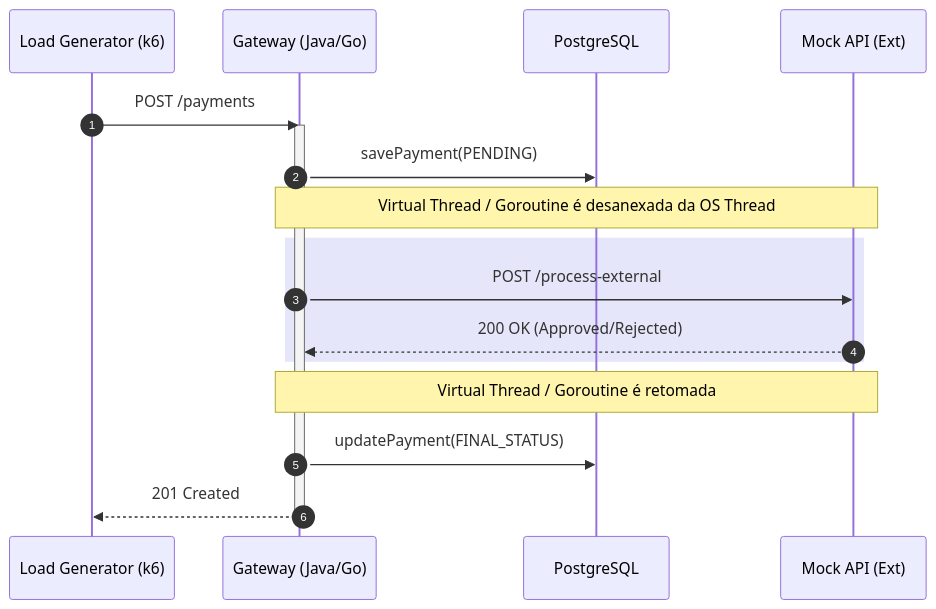
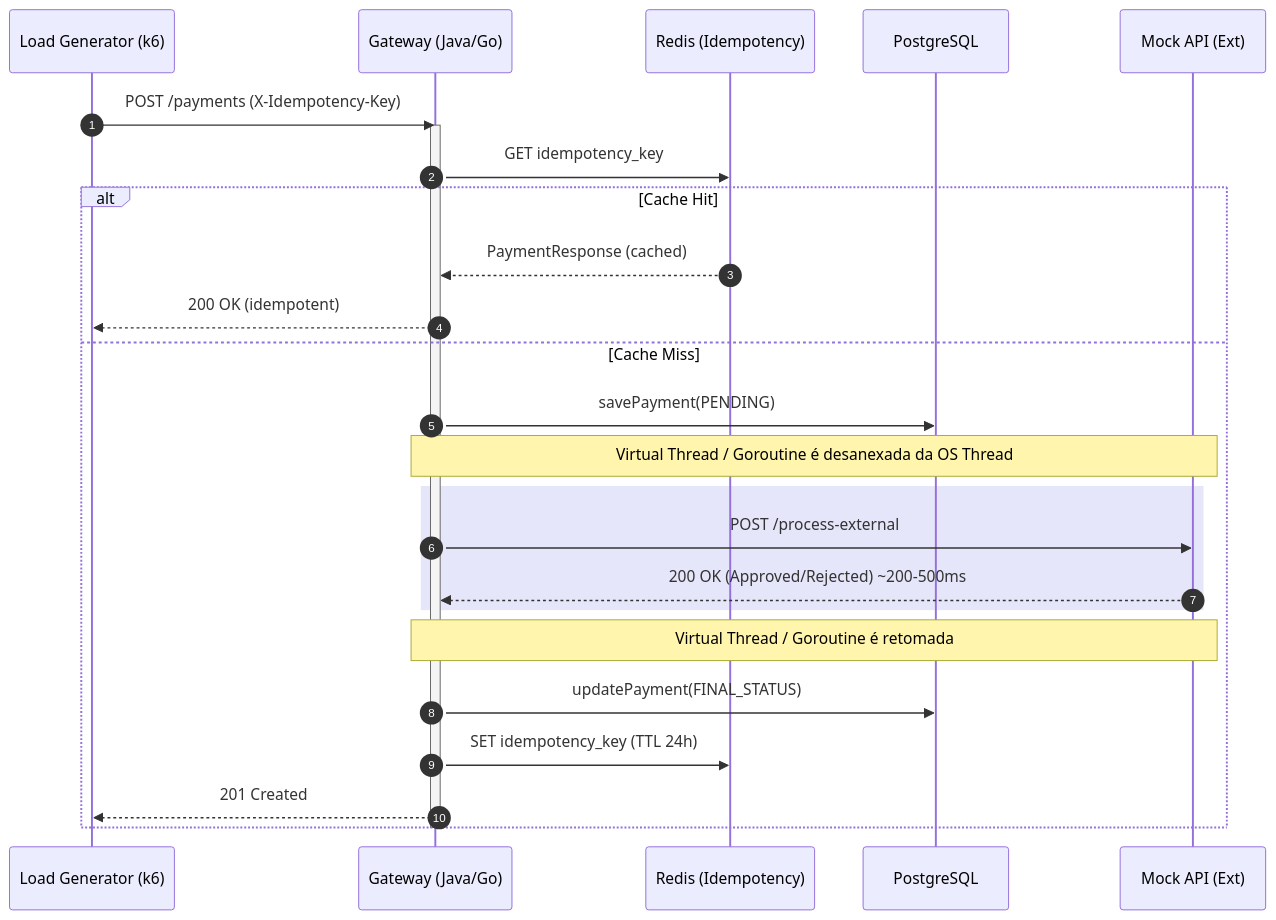
Before and after one commit to felippesouza/tcc-performance-comparison: the second of 2 diagrams in README.md, drawn with Mermaid. The commit also changed other lines of this file, not shown here.

First line of the commit message:
📝 docs: update README with observability stack, idempotency and k6 scenarios

````diff
--- a/README.md
+++ b/README.md
@@ -38,23 +48,29 @@
 ```mermaid
 sequenceDiagram
     autonumber
     participant C as Load Generator (k6)
     participant G as Gateway (Java/Go)
+    participant RD as Redis (Idempotency)
     participant DB as PostgreSQL
     participant M as Mock API (Ext)
 
-    C->>G: POST /payments
+    C->>G: POST /payments (X-Idempotency-Key)
     activate G
-    G->>DB: savePayment(PENDING)
-    
-    Note over G,M: Virtual Thread / Goroutine é desanexada da OS Thread
-    rect rgb(230, 230, 250)
-        G->>M: POST /process-external
-        M-->>G: 200 OK (Approved/Rejected)
+    G->>RD: GET idempotency_key
+    alt Cache Hit
+        RD-->>G: PaymentResponse (cached)
+        G-->>C: 200 OK (idempotent)
+    else Cache Miss
+        G->>DB: savePayment(PENDING)
+        Note over G,M: Virtual Thread / Goroutine é desanexada da OS Thread
+        rect rgb(230, 230, 250)
+            G->>M: POST /process-external
+            M-->>G: 200 OK (Approved/Rejected) ~200-500ms
+        end
+        Note over G,M: Virtual Thread / Goroutine é retomada
+        G->>DB: updatePayment(FINAL_STATUS)
+        G->>RD: SET idempotency_key (TTL 24h)
+        G-->>C: 201 Created
     end
-    Note over G,M: Virtual Thread / Goroutine é retomada
-
-    G->>DB: updatePayment(FINAL_STATUS)
-    G-->>C: 201 Created
     deactivate G
 ```
````
